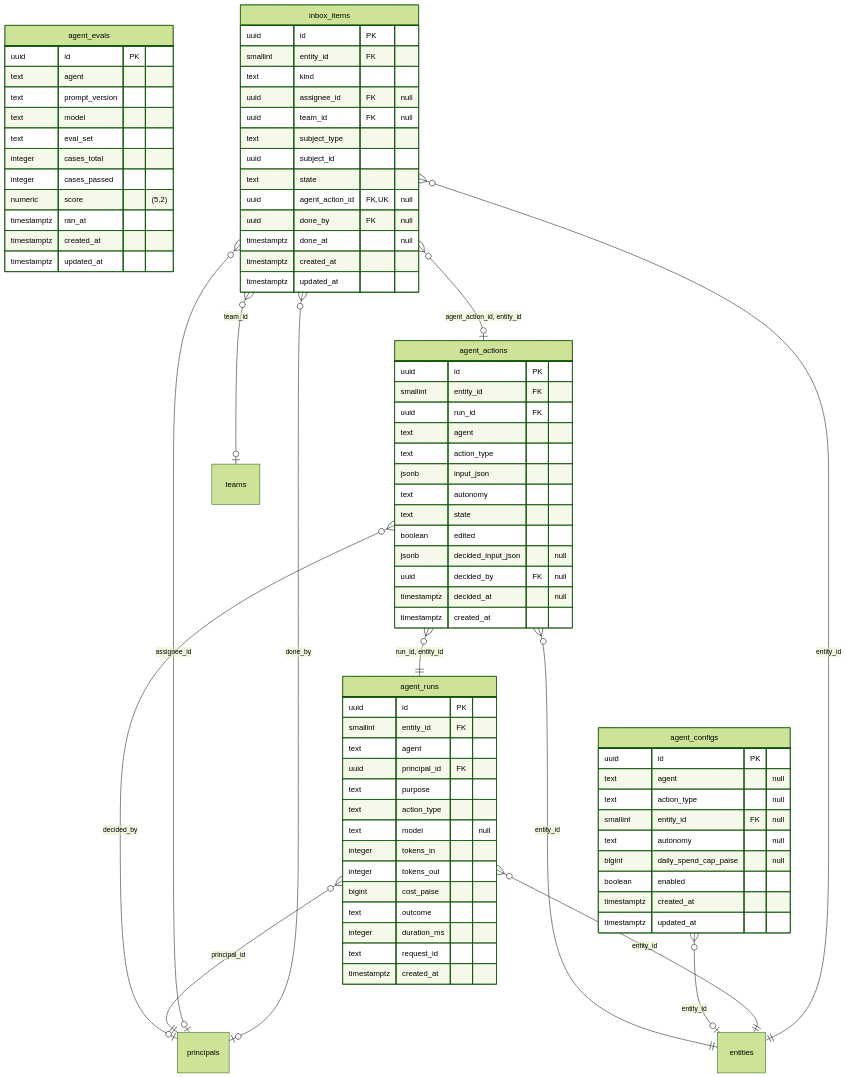
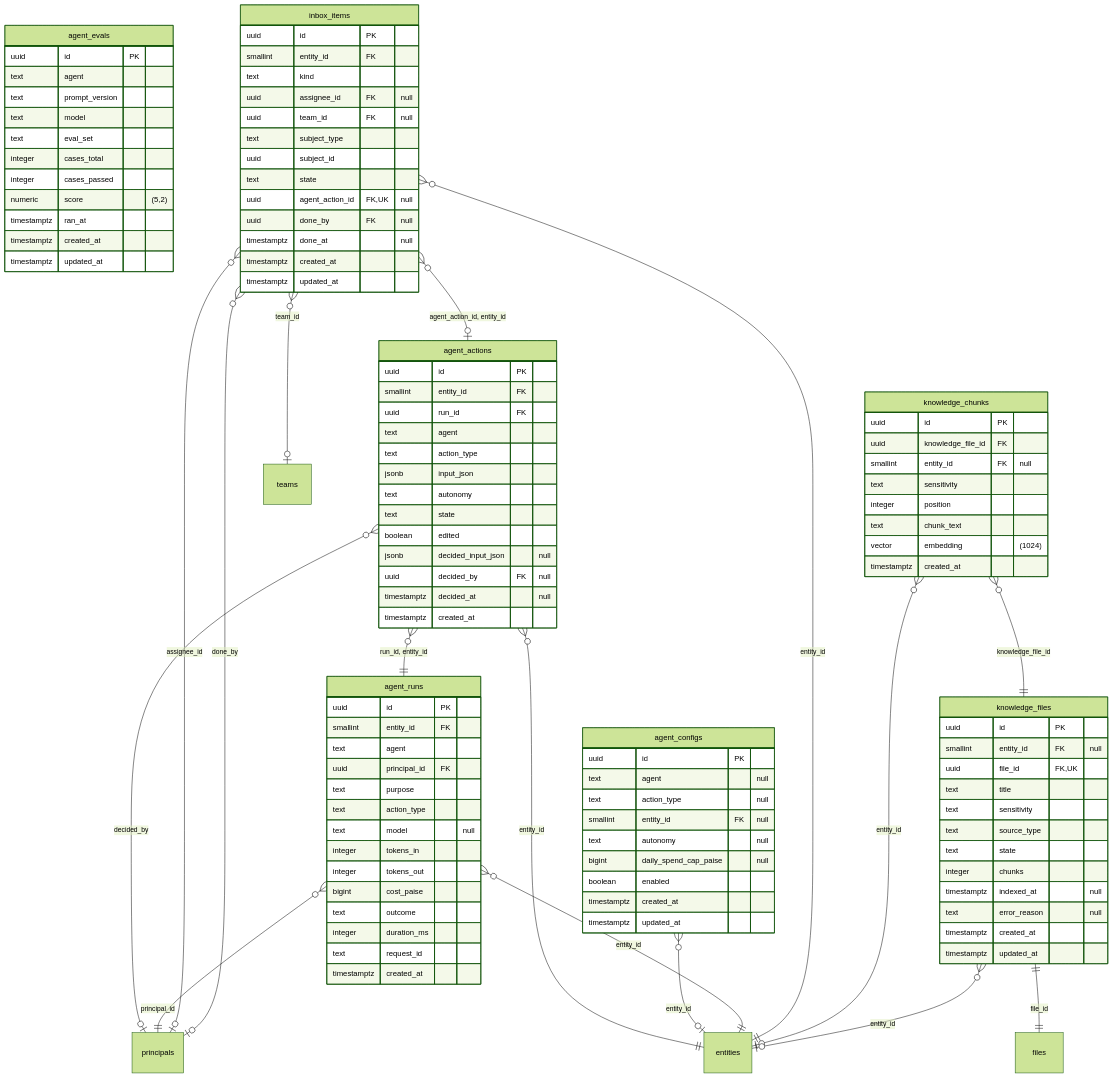
The sixth of 16 diagrams in docs/data/ERD.md (techaust/shakti_prime), drawn with Mermaid (forest theme) before and after one commit. The commit also changed other lines of this file and 2 other files, not shown here.

Commit message:
docs(knowledge): regenerate the data dictionary, ERD and event catalogue

````diff
--- a/docs/data/ERD.md
+++ b/docs/data/ERD.md
@@ -874,6 +874,30 @@
     timestamptz created_at
     timestamptz updated_at
   }
+  knowledge_chunks {
+    uuid id PK
+    uuid knowledge_file_id FK
+    smallint entity_id FK "null"
+    text sensitivity
+    integer position
+    text chunk_text
+    vector embedding "(1024)"
+    timestamptz created_at
+  }
+  knowledge_files {
+    uuid id PK
+    smallint entity_id FK "null"
+    uuid file_id FK, UK
+    text title
+    text sensitivity
+    text source_type
+    text state
+    integer chunks
+    timestamptz indexed_at "null"
+    text error_reason "null"
+    timestamptz created_at
+    timestamptz updated_at
+  }
   agent_actions }o--o| principals : "decided_by"
   agent_actions }o--|| entities : "entity_id"
   agent_actions }o--|| agent_runs : "run_id, entity_id"
@@ -885,4 +909,8 @@
   inbox_items }o--o| principals : "done_by"
   inbox_items }o--|| entities : "entity_id"
   inbox_items }o--o| teams : "team_id"
+  knowledge_chunks }o--o| entities : "entity_id"
+  knowledge_chunks }o--|| knowledge_files : "knowledge_file_id"
+  knowledge_files }o--o| entities : "entity_id"
+  knowledge_files ||--|| files : "file_id"
 ```
````
